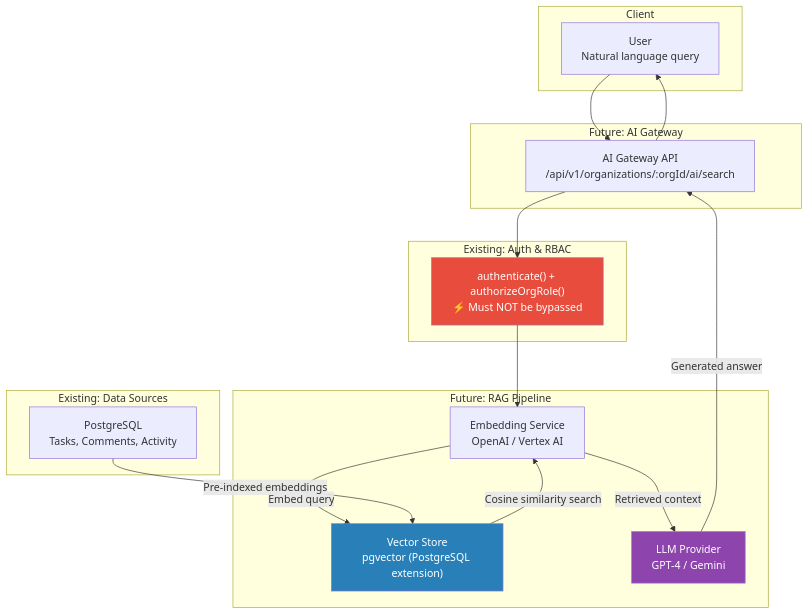
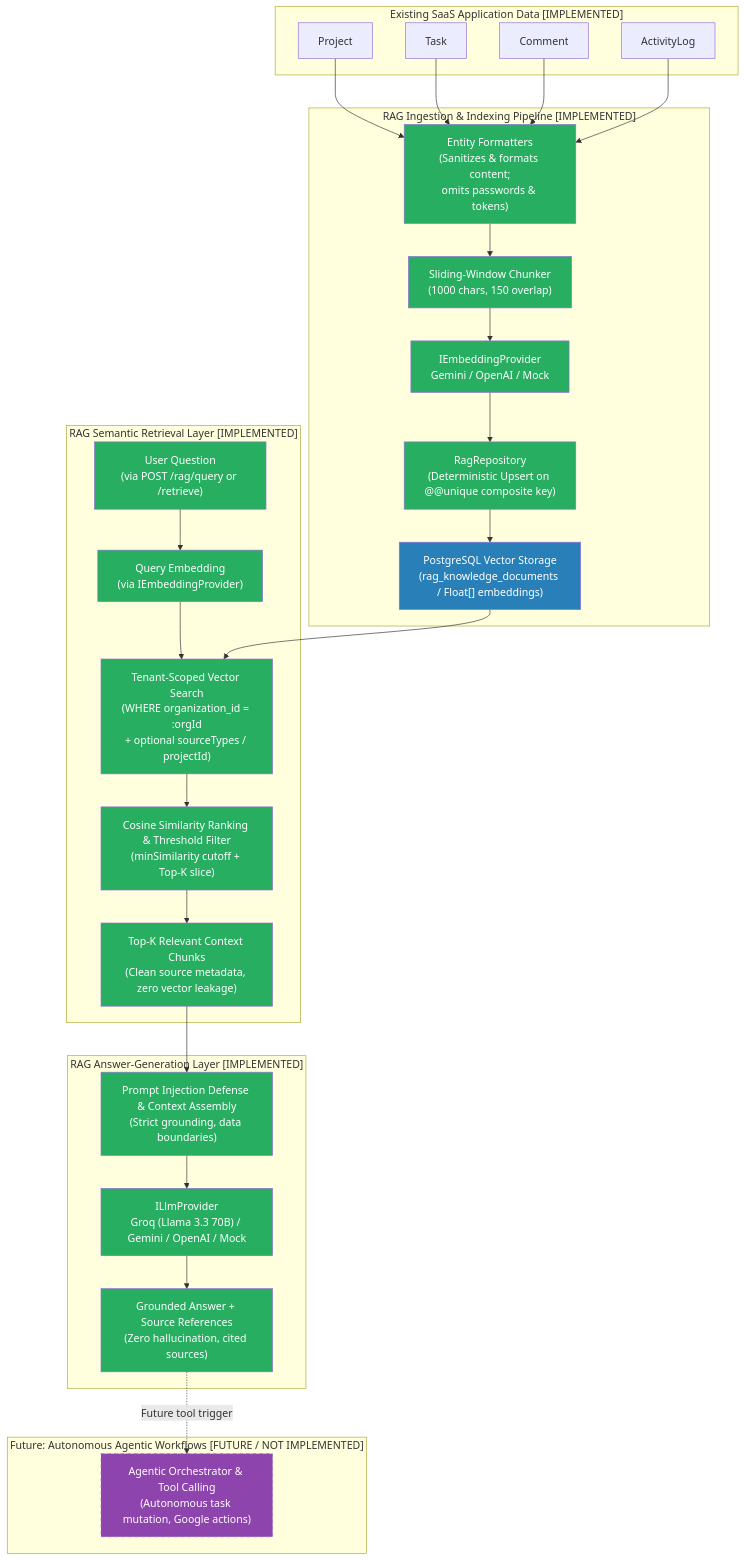
One commit to destinykrishna/multi-tenant-project-management-saas changed diagram 18 of 20 in docs/ARCHITECTURE_DIAGRAMS.md. Above: the diagram before and after it, drawn with Mermaid. The commit also changed other lines of this file and 82 other files, not shown here.

Commit message:
feat(ai): implement agentic AI foundation and safe read-only tools layer

````diff
--- a/docs/ARCHITECTURE_DIAGRAMS.md
+++ b/docs/ARCHITECTURE_DIAGRAMS.md
@@ -914,38 +920,71 @@
 ```mermaid
 graph TB
-    subgraph "Client"
-        U["User<br/>Natural language query"]
+    subgraph "Existing SaaS Application Data [IMPLEMENTED]"
+        P["Project"]
+        T["Task"]
+        C["Comment"]
+        AL["ActivityLog"]
     end
 
-    subgraph "Future: AI Gateway"
-        GW["AI Gateway API<br/>/api/v1/organizations/:orgId/ai/search"]
+    subgraph "RAG Ingestion & Indexing Pipeline [IMPLEMENTED]"
+        EF["Entity Formatters<br/>(Sanitizes & formats content;<br/>omits passwords & tokens)"]
+        CHK["Sliding-Window Chunker<br/>(1000 chars, 150 overlap)"]
+        EP["IEmbeddingProvider<br/>Gemini / OpenAI / Mock"]
+        REPO["RagRepository<br/>(Deterministic Upsert on @@unique composite key)"]
+        VS["PostgreSQL Vector Storage<br/>(rag_knowledge_documents / Float[] embeddings)"]
     end
 
-    subgraph "Existing: Auth & RBAC"
-        AUTH["authenticate() + authorizeOrgRole()<br/>⚡ Must NOT be bypassed"]
+    subgraph "RAG Semantic Retrieval Layer [IMPLEMENTED]"
+        UQ["User Question<br/>(via POST /rag/query or /retrieve)"]
+        QE["Query Embedding<br/>(via IEmbeddingProvider)"]
+        VSR["Tenant-Scoped Vector Search<br/>(WHERE organization_id = :orgId<br/>+ optional sourceTypes / projectId)"]
+        RANK["Cosine Similarity Ranking & Threshold Filter<br/>(minSimilarity cutoff + Top-K slice)"]
+        CTX["Top-K Relevant Context Chunks<br/>(Clean source metadata, zero vector leakage)"]
     end
 
-    subgraph "Future: RAG Pipeline"
-        EMB["Embedding Service<br/>OpenAI / Vertex AI"]
-        VS["Vector Store<br/>pgvector (PostgreSQL extension)"]
-        LLM["LLM Provider<br/>GPT-4 / Gemini"]
+    subgraph "RAG Answer-Generation Layer [IMPLEMENTED]"
+        PMT["Prompt Injection Defense & Context Assembly<br/>(Strict grounding, data boundaries)"]
+        LLM["ILlmProvider<br/>Groq (Llama 3.3 70B) / Gemini / OpenAI / Mock"]
+        ANS["Grounded Answer + Source References<br/>(Zero hallucination, cited sources)"]
     end
 
-    subgraph "Existing: Data Sources"
-        PG["PostgreSQL<br/>Tasks, Comments, Activity"]
+    subgraph "Future: Autonomous Agentic Workflows [FUTURE / NOT IMPLEMENTED]"
+        AG["Agentic Orchestrator & Tool Calling<br/>(Autonomous task mutation, Google actions)"]
     end
 
-    U --> GW
-    GW --> AUTH
-    AUTH --> EMB
-    EMB -->|"Embed query"| VS
-    VS -->|"Cosine similarity search"| EMB
-    EMB -->|"Retrieved context"| LLM
-    PG -->|"Pre-indexed embeddings"| VS
-    LLM -->|"Generated answer"| GW
-    GW --> U
+    P --> EF
+    T --> EF
+    C --> EF
+    AL --> EF
+    EF --> CHK
+    CHK --> EP
+    EP --> REPO
+    REPO --> VS
 
-    style AUTH fill:#e74c3c,color:#fff
-    style LLM fill:#8e44ad,color:#fff
+    UQ --> QE
+    QE --> VSR
+    VS --> VSR
+    VSR --> RANK
+    RANK --> CTX
+
+    CTX --> PMT
+    PMT --> LLM
+    LLM --> ANS
+
+    ANS -.->|"Future tool trigger"| AG
+
+    style EF fill:#27ae60,color:#fff
+    style CHK fill:#27ae60,color:#fff
+    style EP fill:#27ae60,color:#fff
+    style REPO fill:#27ae60,color:#fff
     style VS fill:#2980b9,color:#fff
+    style UQ fill:#27ae60,color:#fff
+    style QE fill:#27ae60,color:#fff
+    style VSR fill:#27ae60,color:#fff
+    style RANK fill:#27ae60,color:#fff
+    style CTX fill:#27ae60,color:#fff
+    style PMT fill:#27ae60,color:#fff
+    style LLM fill:#27ae60,color:#fff
+    style ANS fill:#27ae60,color:#fff
+    style AG fill:#8e44ad,color:#fff,stroke-dasharray: 5 5
 ```
````
